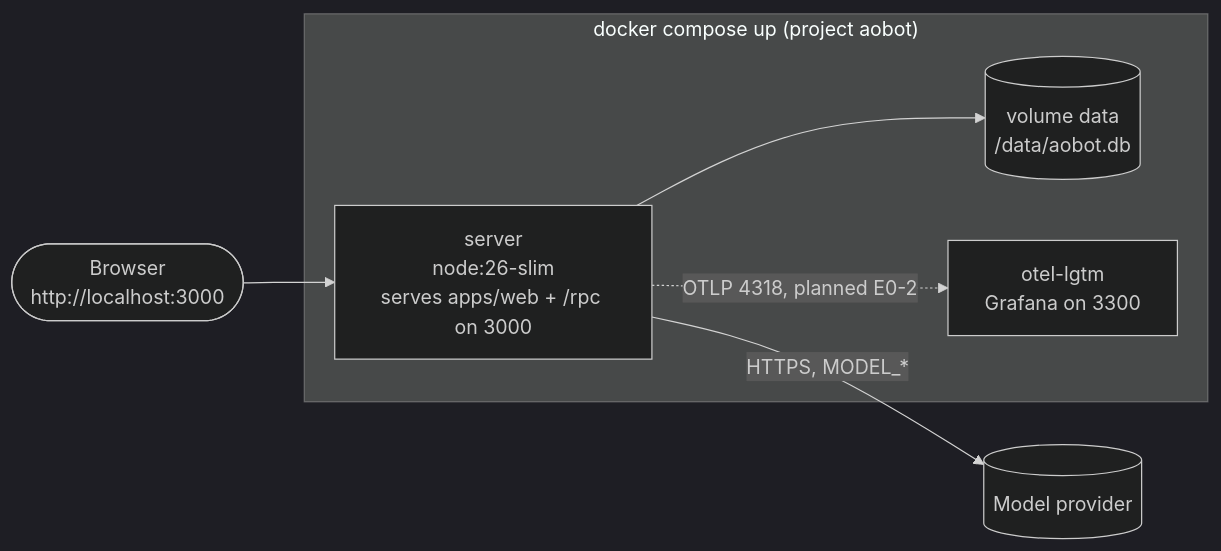
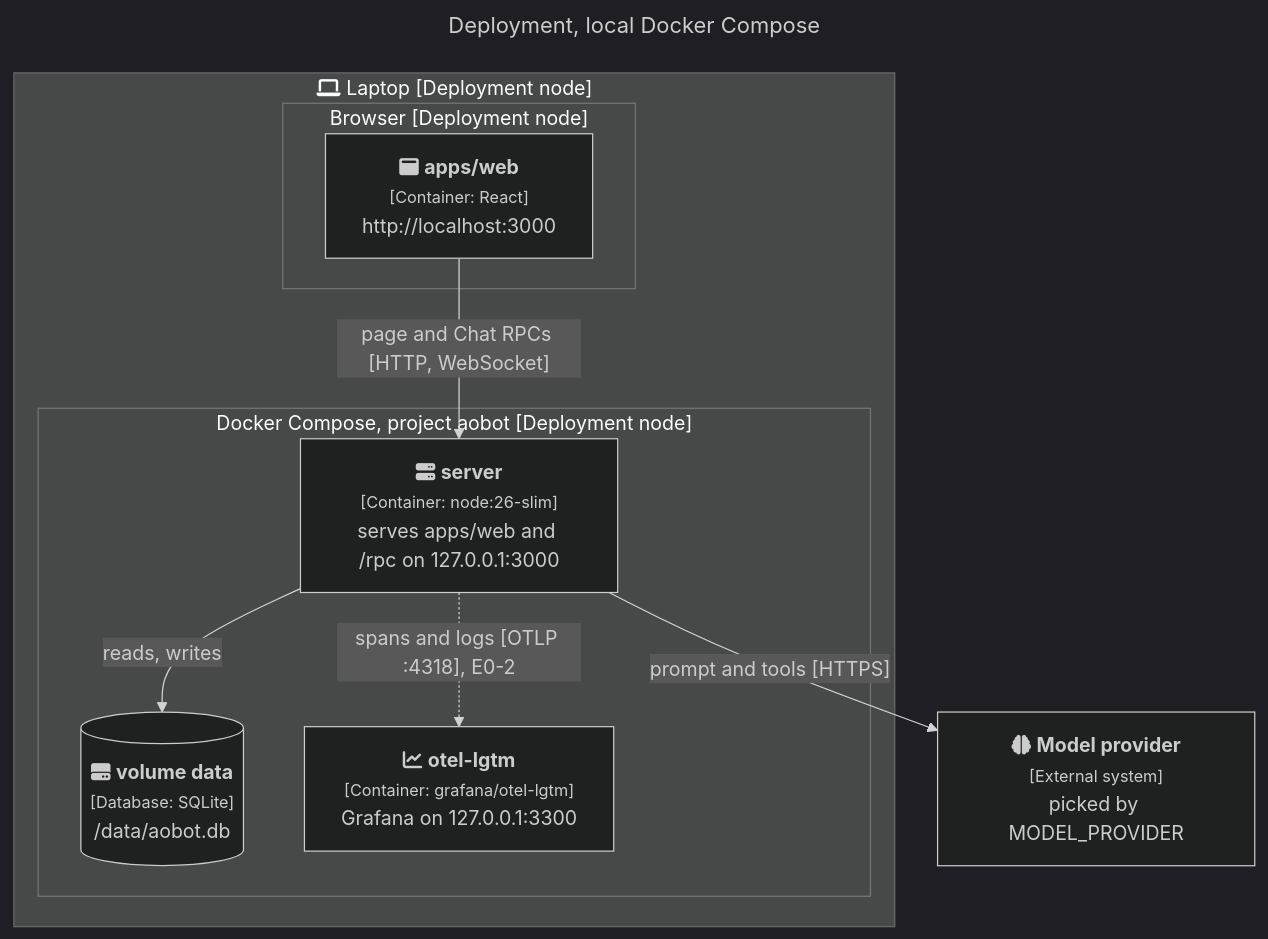
The diagram in docs/arc42/07-deployment-view.md (alexanderop/aobot), drawn with Mermaid (dark theme) before and after one commit. The commit also changed other lines of this file, not shown here.

Commit message:
arc42 07: C4 deployment diagram of local Docker Compose

````diff
--- a/docs/arc42/07-deployment-view.md
+++ b/docs/arc42/07-deployment-view.md
@@ -10,15 +13,26 @@
 ```mermaid
-flowchart LR
-  browser([Browser<br/>http://localhost:3000])
-  subgraph compose ["docker compose up (project aobot)"]
-    server["server<br/>node:26-slim<br/>serves apps/web + /rpc on 3000"]
-    volume[("volume data<br/>/data/aobot.db")]
-    lgtm["otel-lgtm<br/>Grafana on 3300"]
+---
+title: Deployment, local Docker Compose
+---
+flowchart TB
+  subgraph laptop ["fa:fa-laptop Laptop [Deployment node]"]
+    subgraph browser ["Browser [Deployment node]"]
+      web["fa:fa-window-maximize <b>apps/web</b><br/><small>[Container: React]</small><br/>http://localhost:3000"]
+    end
+    subgraph compose ["Docker Compose, project aobot [Deployment node]"]
+      server["fa:fa-server <b>server</b><br/><small>[Container: node:26-slim]</small><br/>serves apps/web and /rpc on 127.0.0.1:3000"]
+      volume[("fa:fa-hard-drive <b>volume data</b><br/><small>[Database: SQLite]</small><br/>/data/aobot.db")]
+      lgtm["fa:fa-chart-line <b>otel-lgtm</b><br/><small>[Container: grafana/otel-lgtm]</small><br/>Grafana on 127.0.0.1:3300"]
+    end
   end
-  model[(Model provider)]
+  model["fa:fa-brain <b>Model provider</b><br/><small>[External system]</small><br/>picked by MODEL_PROVIDER"]
 
-  browser --> server
-  server --> volume
-  server -- "HTTPS, MODEL_*" --> model
-  server -. "OTLP 4318, planned E0-2" .-> lgtm
+  web -- "page and Chat RPCs [HTTP, WebSocket]" --> server
+  server -- "reads, writes" --> volume
+  server -- "prompt and tools [HTTPS]" --> model
+  server -. "spans and logs [OTLP :4318], E0-2" .-> lgtm
+
+  class web,server,volume built
+  class lgtm,model external
+  class laptop,browser,compose deployment
 ```
````
